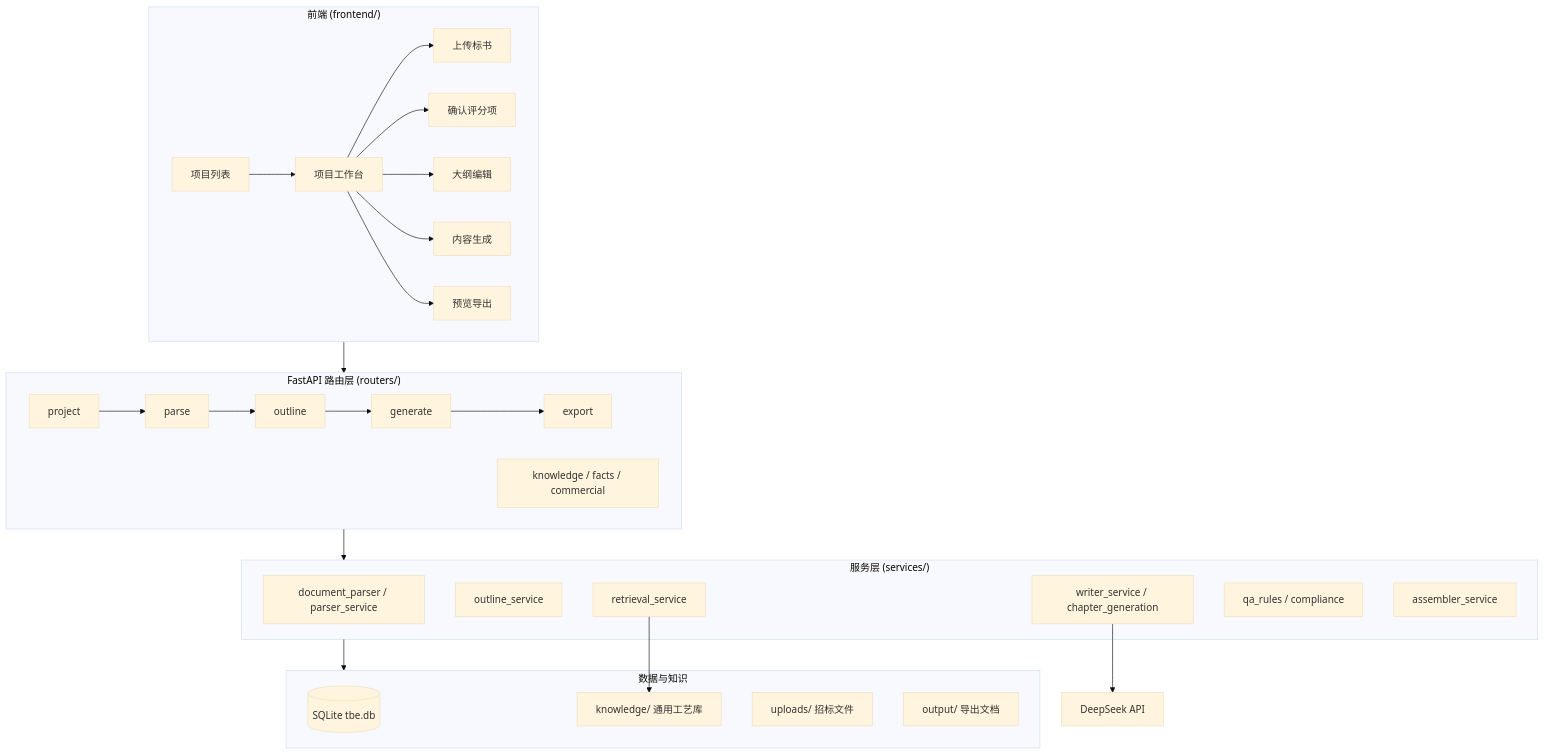
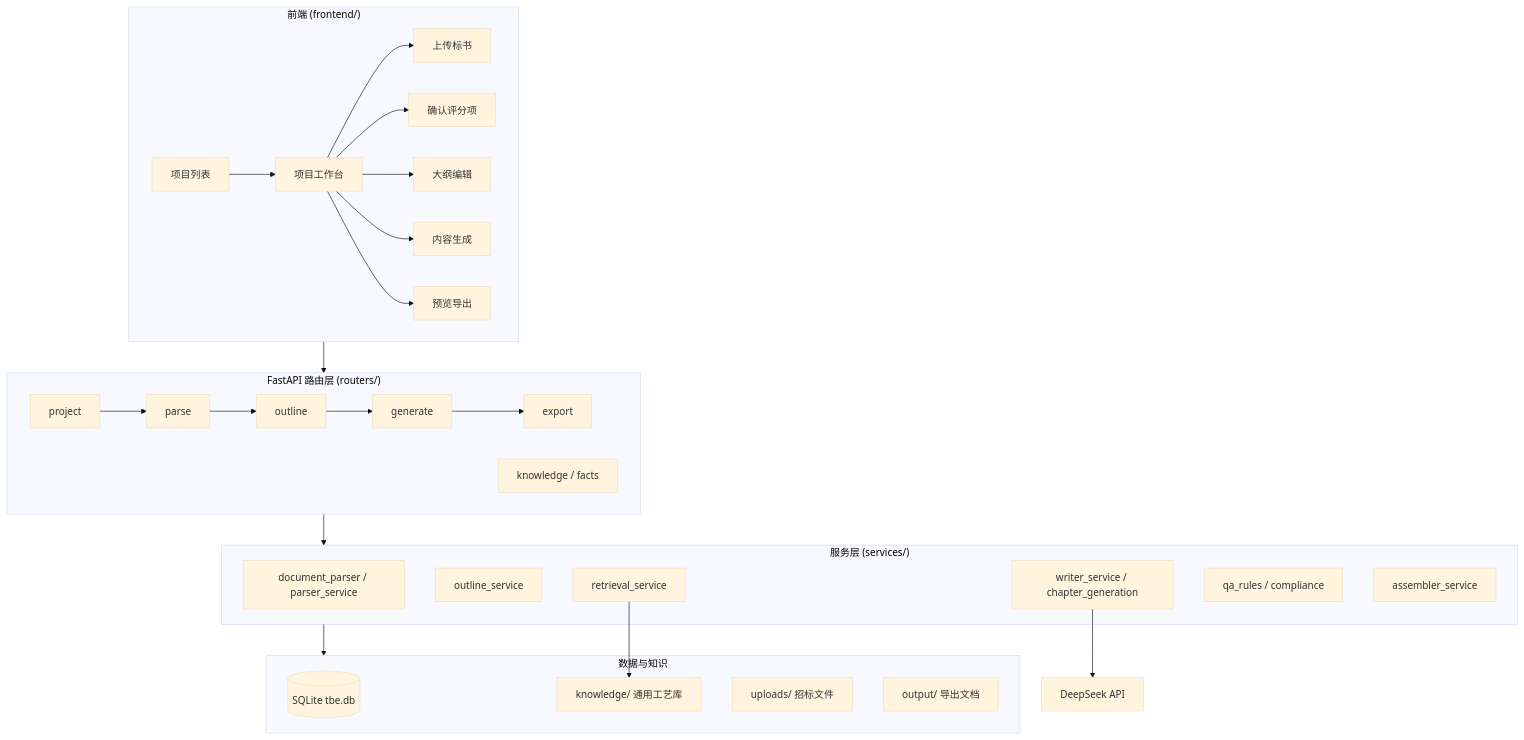
Before and after one commit to wtubby/biao: the diagram in PROJECT.md, drawn with Mermaid (base theme). The commit also changed other lines of this file and 38 other files, not shown here.

````diff
--- a/PROJECT.md
+++ b/PROJECT.md
@@ -34,41 +34,41 @@
 ```mermaid
 flowchart TB
     subgraph UI["前端 (frontend/)"]
         A[项目列表] --> B[项目工作台]
         B --> C1[上传标书]
         B --> C2[确认评分项]
         B --> C3[大纲编辑]
         B --> C4[内容生成]
         B --> C5[预览导出]
     end
 
     subgraph API["FastAPI 路由层 (routers/)"]
         R1[project] --> R2[parse]
         R2 --> R3[outline]
         R3 --> R4[generate]
         R4 --> R5[export]
-        R6[knowledge / facts / commercial]
+        R6[knowledge / facts]
     end
 
     subgraph SVC["服务层 (services/)"]
         S1[document_parser / parser_service]
         S2[outline_service]
         S3[writer_service / chapter_generation]
         S4[retrieval_service]
         S5[qa_rules / compliance]
         S6[assembler_service]
     end
 
     subgraph DATA["数据与知识"]
         D1[(SQLite tbe.db)]
         D2[knowledge/ 通用工艺库]
         D3[uploads/ 招标文件]
         D4[output/ 导出文档]
     end
 
     UI --> API
     API --> SVC
     SVC --> DATA
     S3 --> LLM[DeepSeek API]
     S4 --> D2
 ```
````
